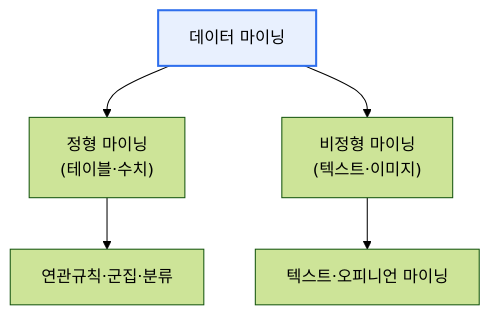
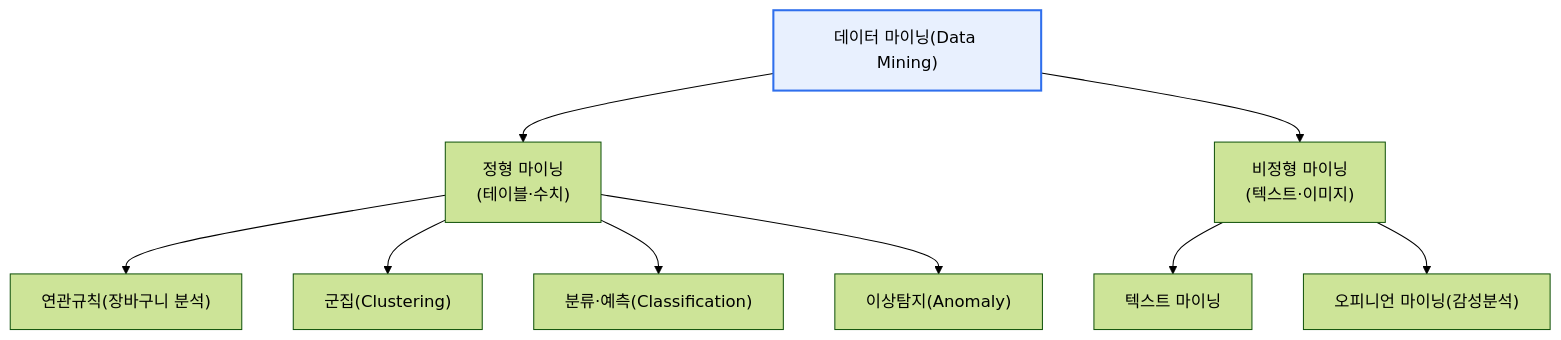
The first of 2 diagrams in content/text-opinion-mining.md (coninggu/wjdqhrhksflrltnftk), drawn with Mermaid (forest theme) before and after one commit. The commit also changed other lines of this file and 3 other files, not shown here.

Commit message:
Deepen 데이터 마이닝: 통계와 차이·정형/비정형·오피니언/텍스트, 정보시스템 감리와 PMO 비교 (auto)

````diff
--- a/content/text-opinion-mining.md
+++ b/content/text-opinion-mining.md
@@ -21,8 +31,12 @@
 ```mermaid
 flowchart TB
-  D[데이터 마이닝] --> S["정형 마이닝<br/>(테이블·수치)"]
+  D["데이터 마이닝(Data Mining)"] --> S["정형 마이닝<br/>(테이블·수치)"]
   D --> U["비정형 마이닝<br/>(텍스트·이미지)"]
-  S --> S1[연관규칙·군집·분류]
-  U --> U1[텍스트·오피니언 마이닝]
+  S --> S1["연관규칙(장바구니 분석)"]
+  S --> S2["군집(Clustering)"]
+  S --> S3["분류·예측(Classification)"]
+  S --> S4["이상탐지(Anomaly)"]
+  U --> U1["텍스트 마이닝"]
+  U --> U2["오피니언 마이닝(감성분석)"]
   style D fill:#e8f0fe,stroke:#2f6fed,stroke-width:2px
 ```
````
